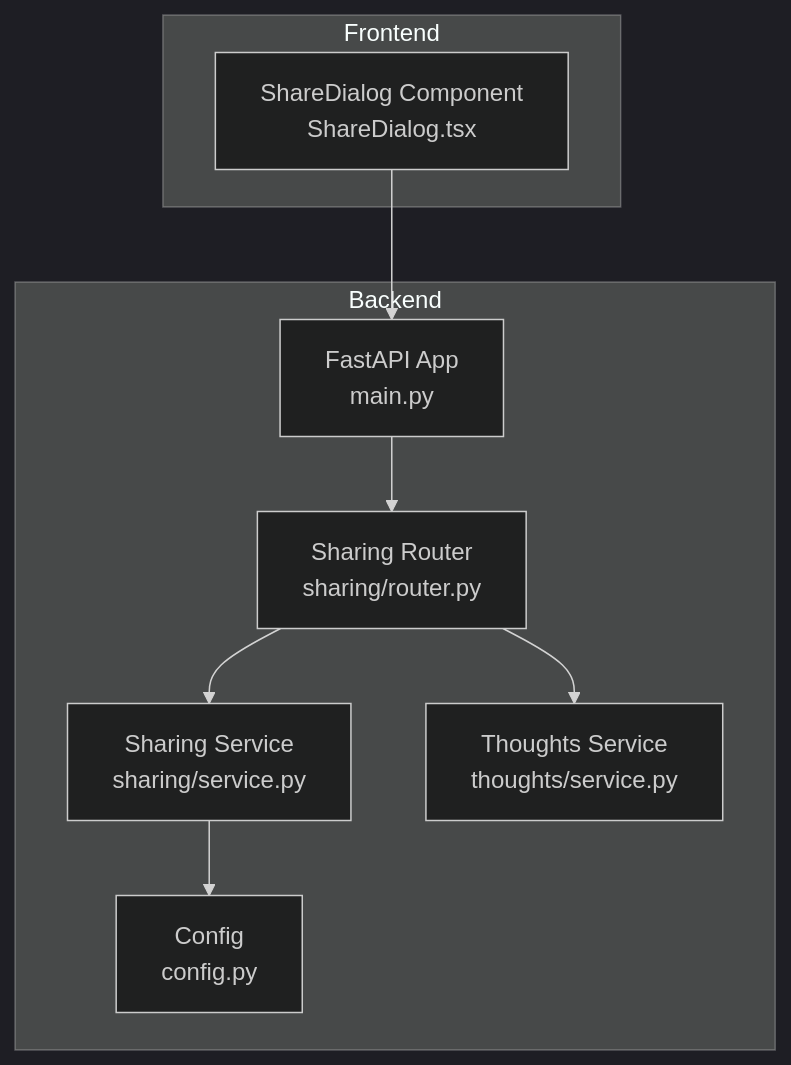
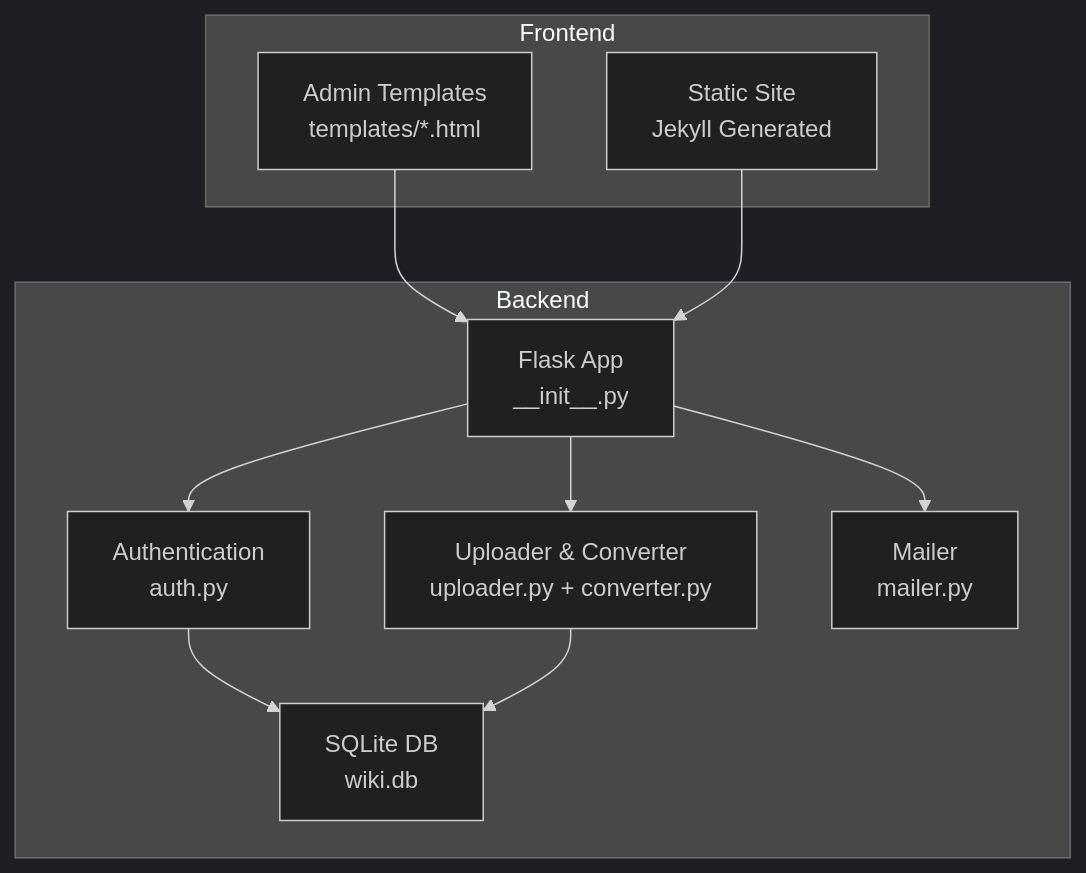
One commit to PolarisW007/PolaZhenJing changed the first of 6 diagrams in .qoder/repowiki/en/content/Backend Application/Social Sharing.md. Above: the diagram before and after it, drawn with Mermaid (dark theme). The commit also changed other lines of this file and 153 other files, not shown here.

````diff
--- a/.qoder/repowiki/en/content/Backend Application/Social Sharing.md
+++ b/.qoder/repowiki/en/content/Backend Application/Social Sharing.md
@@ -38,18 +46,21 @@
 ```mermaid
 graph TB
 subgraph "Backend"
-A["FastAPI App<br/>main.py"]
-B["Sharing Router<br/>sharing/router.py"]
-C["Sharing Service<br/>sharing/service.py"]
-D["Thoughts Service<br/>thoughts/service.py"]
-E["Config<br/>config.py"]
+A["Flask App<br/>__init__.py"]
+B["Authentication<br/>auth.py"]
+C["Uploader & Converter<br/>uploader.py + converter.py"]
+D["Mailer<br/>mailer.py"]
+E["SQLite DB<br/>wiki.db"]
 end
 subgraph "Frontend"
-F["ShareDialog Component<br/>ShareDialog.tsx"]
+F["Admin Templates<br/>templates/*.html"]
+G["Static Site<br/>Jekyll Generated"]
 end
 A --> B
-B --> C
-B --> D
+A --> C
+A --> D
+B --> E
 C --> E
 F --> A
+G --> A
 ```
````
